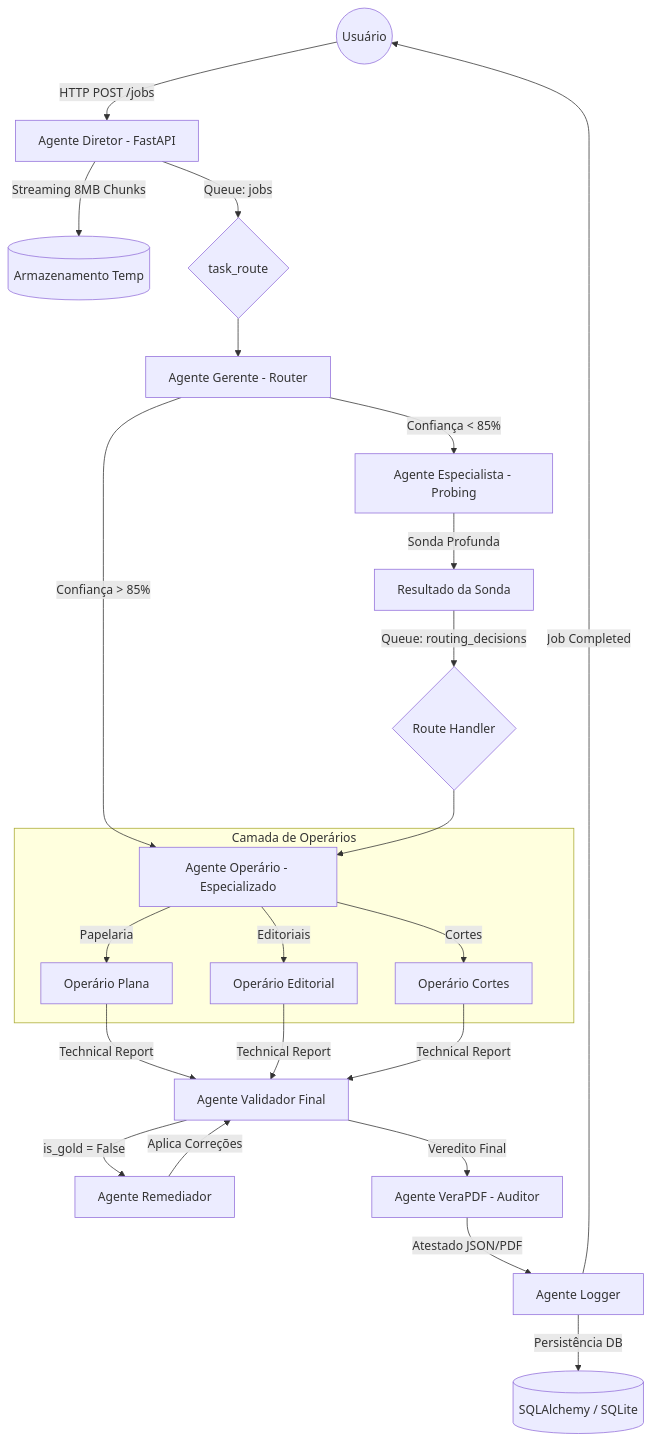
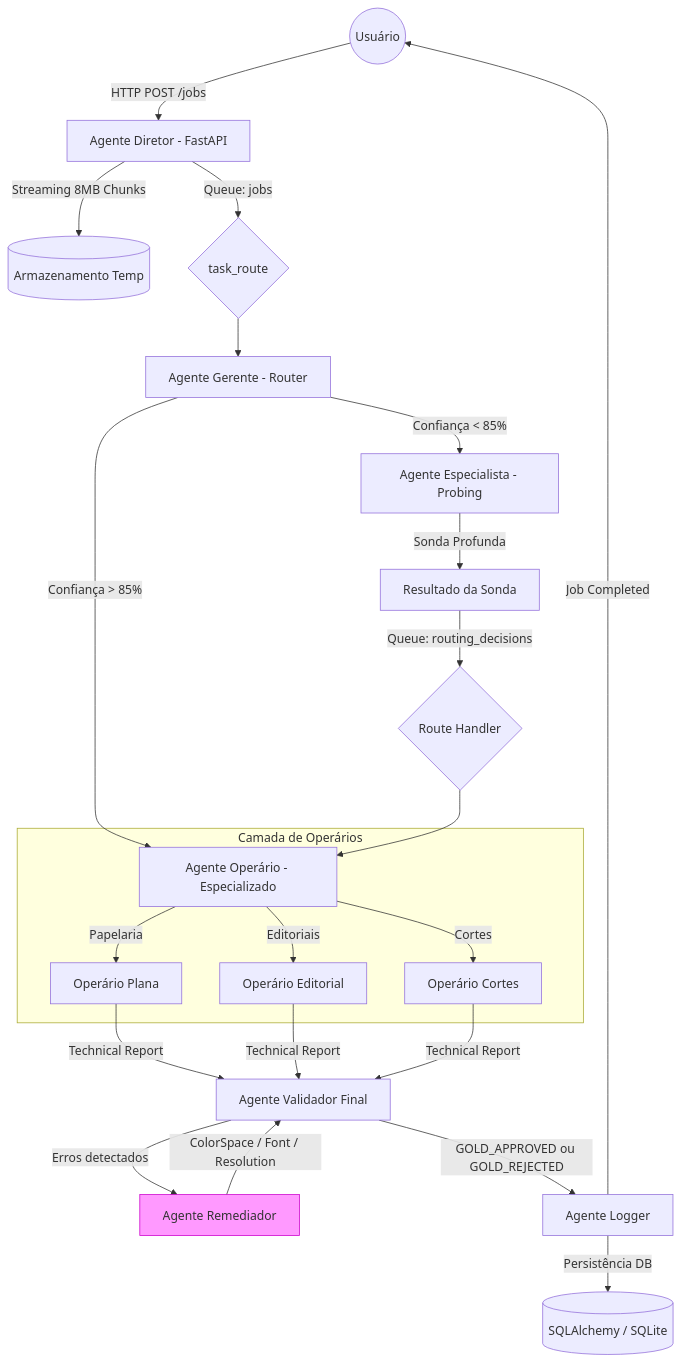
One commit to projetosdatabricksfree-png/projeto_pdf_new changed the diagram in Documentacao/01_ARQUITETURA_TECNICA.md. Above: the diagram before and after it, drawn with Mermaid. The commit also changed other lines of this file and 4 other files, not shown here.

````diff
--- a/Documentacao/01_ARQUITETURA_TECNICA.md
+++ b/Documentacao/01_ARQUITETURA_TECNICA.md
@@ -9,31 +9,32 @@
 ```mermaid
 graph TD
     User((Usuário)) -->|HTTP POST /jobs| API[Agente Diretor - FastAPI]
     API -->|Streaming 8MB Chunks| Disk[(Armazenamento Temp)]
     API -->|Queue: jobs| TaskRoute{task_route}
     
     TaskRoute --> Gerente[Agente Gerente - Router]
     Gerente -->|Confiança > 85%| Operario[Agente Operário - Especializado]
     Gerente -->|Confiança < 85%| Especialista[Agente Especialista - Probing]
     
     Especialista -->|Sonda Profunda| SpecResult[Resultado da Sonda]
     SpecResult -->|Queue: routing_decisions| RouteHandler{Route Handler}
     RouteHandler --> Operario
     
     subgraph "Camada de Operários"
         Operario -->|Papelaria| OP_P[Operário Plana]
         Operario -->|Editoriais| OP_E[Operário Editorial]
         Operario -->|Cortes| OP_C[Operário Cortes]
     end
     
     OP_P & OP_E & OP_C -->|Technical Report| Validador[Agente Validador Final]
     
-    Validador -->|is_gold = False| Remediador[Agente Remediador]
-    Remediador -->|Aplica Correções| Validador
+    Validador -->|Erros detectados| Remediador[Agente Remediador]
+    Remediador -->|ColorSpace / Font / Resolution| Validador
     
-    Validador -->|Veredito Final| VeraPDF[Agente VeraPDF - Auditor]
-    VeraPDF -->|Atestado JSON/PDF| Logger[Agente Logger]
+    Validador -->|GOLD_APPROVED ou GOLD_REJECTED| Logger[Agente Logger]
     Logger -->|Persistência DB| Database[(SQLAlchemy / SQLite)]
     
     Logger -->|Job Completed| User
+
+    style Remediador fill:#f9f,stroke:#c0c
 ```
````
